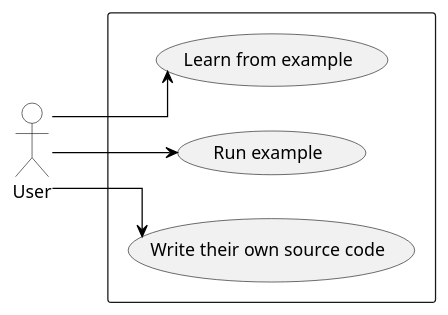
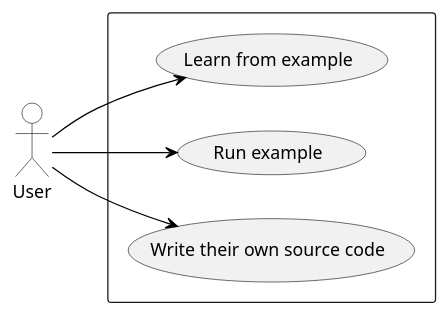
One commit to NiccoMlt/protelis-web-thesis changed the diagram in res/uml/use-cases-frontend.puml. Above: the diagram before and after it, drawn with PlantUML. The commit also changed 3 other files, not shown here.

Commit message:
fix: fix UML figure

```diff
--- a/res/uml/use-cases-frontend.puml
+++ b/res/uml/use-cases-frontend.puml
@@ -1,27 +1,27 @@
 @startuml use-cases-frontend
 
 skinparam {
-  linetype ortho
+  ' linetype ortho
   monochrome true
   ArrowColor black
   backgroundColor transparent
   classBackgroundColor transparent
   ' style strictuml
   actorBackgroundColor transparent
   componentBackgroundColor transparent
 }
 left to right direction
 
 :User: as user
 
 rectangle {
   (Learn from example) as learn
   (Run example) as run
   (Write their own source code) as write
 }
 
 user --> learn
 user --> run
 user --> write
 
 @enduml
```
